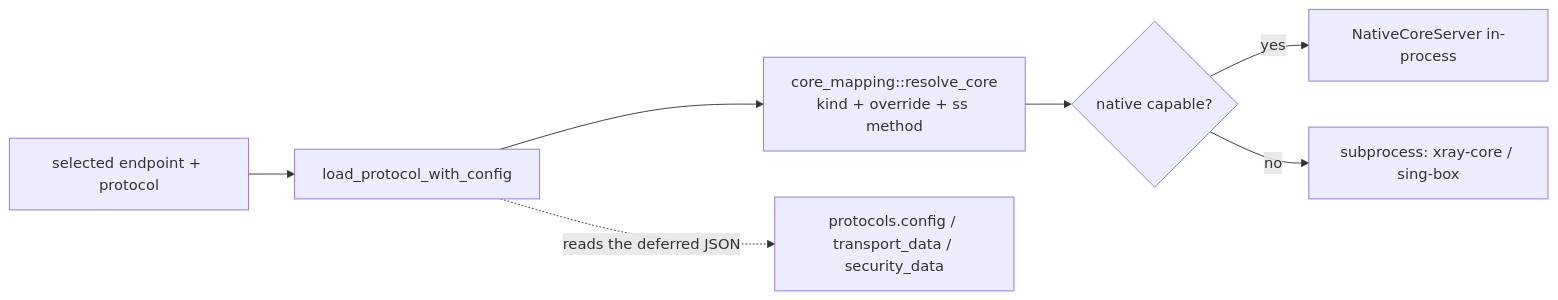
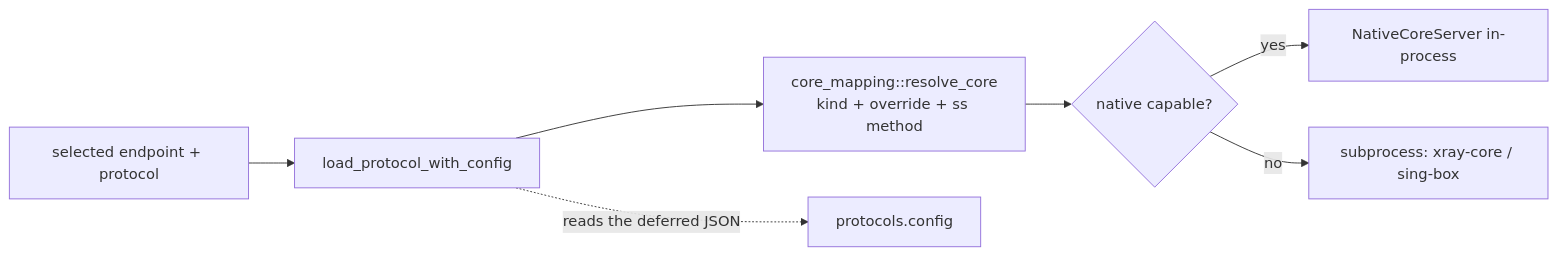
One commit to SaelKimberly/xray-tui changed the seventh of 7 diagrams in docs/database.md. Above: the diagram before and after it, drawn with Mermaid. The commit also changed other lines of this file and 9 other files, not shown here.

````diff
--- a/docs/database.md
+++ b/docs/database.md
@@ -433,9 +427,9 @@
 ```mermaid
 flowchart LR
     A[selected endpoint + protocol] --> B[load_protocol_with_config]
     B --> C[core_mapping::resolve_core<br/>kind + override + ss method]
     C --> D{native capable?}
     D -- yes --> E[NativeCoreServer in-process]
     D -- no --> F[subprocess: xray-core / sing-box]
-    B -.->|reads the deferred JSON| G[protocols.config / transport_data / security_data]
+    B -.->|reads the deferred JSON| G[protocols.config]
 ```
````
